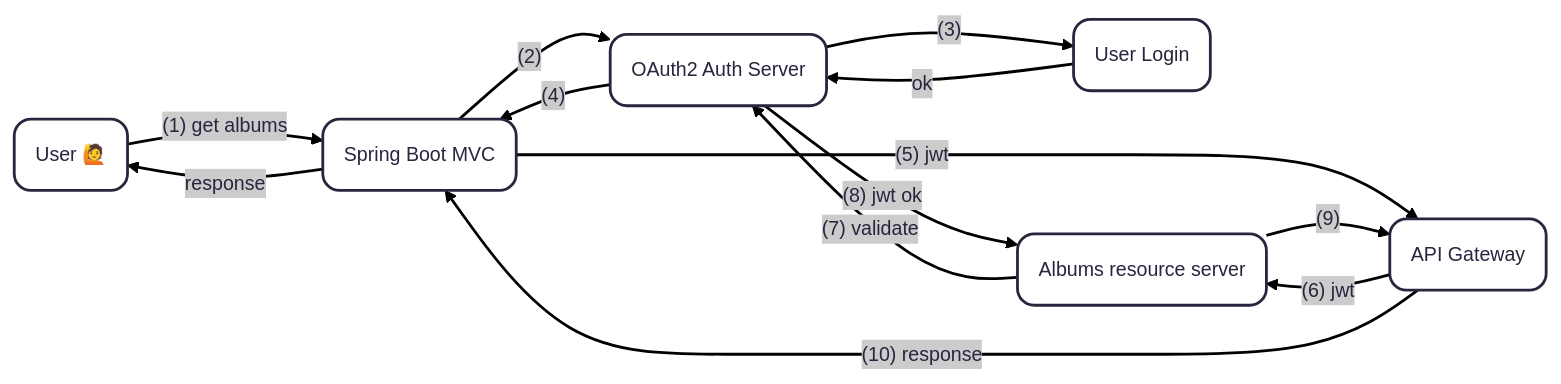
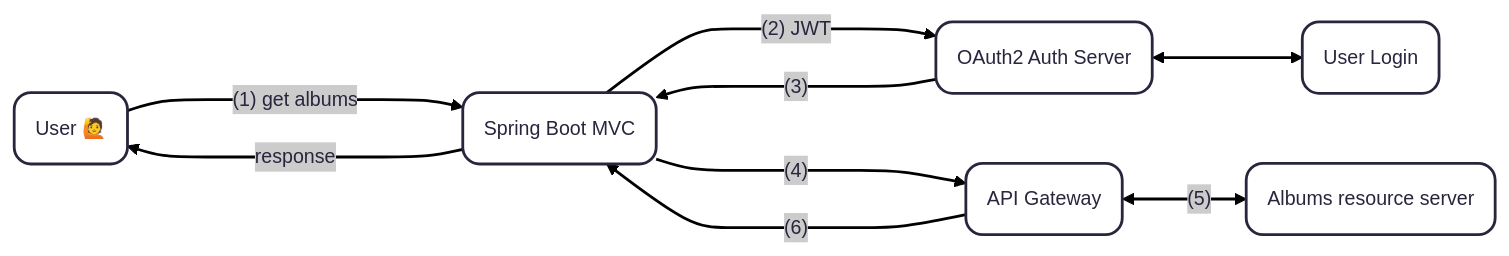
One commit to AntonioDiaz/udemy-oauth2-spring changed the third of 3 diagrams in README.md. Above: the diagram before and after it, drawn with Mermaid. The commit also changed 1 other file, not shown here.

Commit message:
Spring MVC example.

````diff
--- a/README.md
+++ b/README.md
@@ -365,25 +365,19 @@
 ```mermaid
 ---
 config:
       theme: redux
 ---
 flowchart LR
         user("User 🙋")
         spring("Spring Boot MVC")
         oauth("OAuth2 Auth Server")
         user_login("User Login")
         api("API Gateway")
         server("Albums resource server")
         user --"(1) get albums"--> spring
-        spring --"response" --> user
-        spring --(2)--> oauth
-        oauth --(4)--> spring
-        oauth --(3)-->user_login
-        user_login --"ok"--> oauth
-        spring --"(5) jwt"--> api
-        api --(6) jwt--> server
-        server --(7) validate--> oauth
-        oauth --(8) jwt ok--> server
-        server --"(9)"--> api
-        api --"(10) response"--> spring
+        spring --"response" ----> user
+        spring --"(2) JWT"----> oauth <--> user_login
+        oauth --(3)--> spring
+        spring --(4)----> api <--"(5)"--> server
+        api --(6)--> spring
 ```
````
